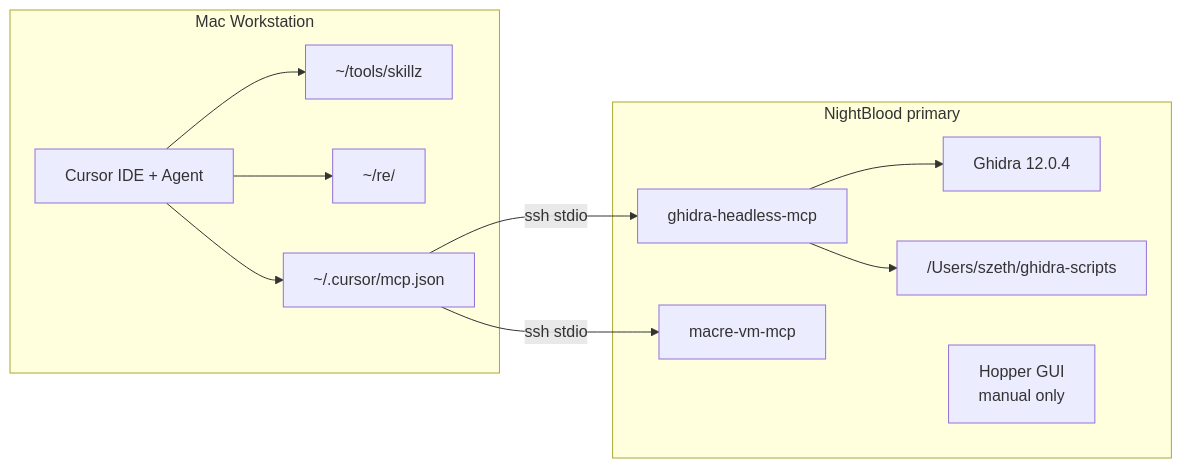
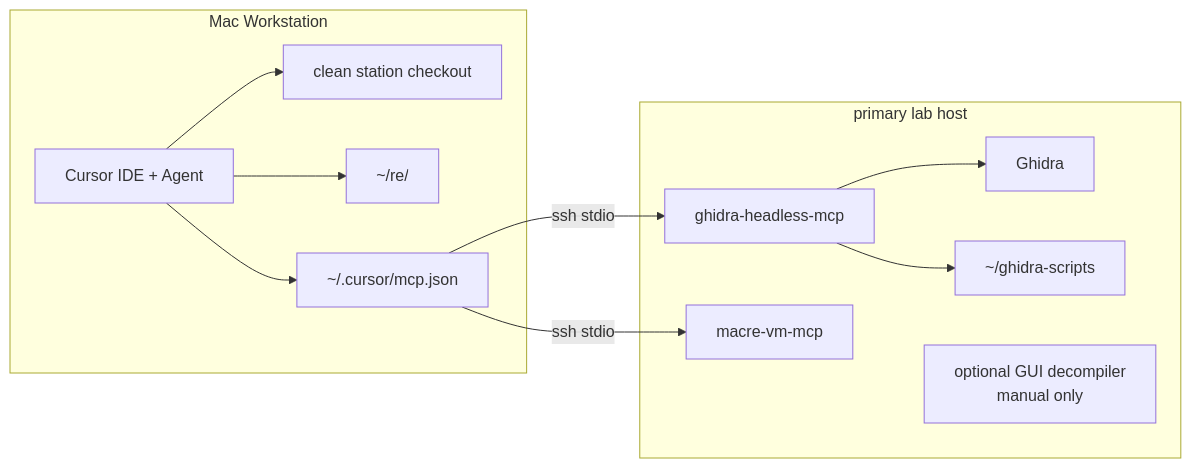
Before and after one commit to UnsaltedHash42/mac-reversing-station: the diagram in Skills/offensive-macos-station-topology/SKILL.md, drawn with Mermaid. The commit also changed other lines of this file and 43 other files, not shown here.

````diff
--- a/Skills/offensive-macos-station-topology/SKILL.md
+++ b/Skills/offensive-macos-station-topology/SKILL.md
@@ -32,23 +32,23 @@
 ```mermaid
 flowchart LR
     subgraph Workstation["Mac Workstation"]
         Cursor["Cursor IDE + Agent"]
-        Skillz["~/tools/skillz"]
-        Findings["~/re/<program>"]
+        Template["clean station checkout"]
+        Project["~/re/<project>"]
         MCP["~/.cursor/mcp.json"]
     end
-    subgraph Primary["NightBlood primary"]
-        Ghidra["Ghidra 12.0.4"]
+    subgraph Primary["primary lab host"]
+        Ghidra["Ghidra"]
         GhidraMCP["ghidra-headless-mcp"]
         VMMCP["macre-vm-mcp"]
-        Scripts["/Users/szeth/ghidra-scripts"]
-        Hopper["Hopper GUI<br/>manual only"]
+        Scripts["~/ghidra-scripts"]
+        GUI["optional GUI decompiler<br/>manual only"]
     end
     Cursor --> MCP
     MCP -->|"ssh stdio"| GhidraMCP
     MCP -->|"ssh stdio"| VMMCP
     GhidraMCP --> Ghidra
     GhidraMCP --> Scripts
-    Cursor --> Skillz
-    Cursor --> Findings
+    Cursor --> Template
+    Cursor --> Project
 ```
````
